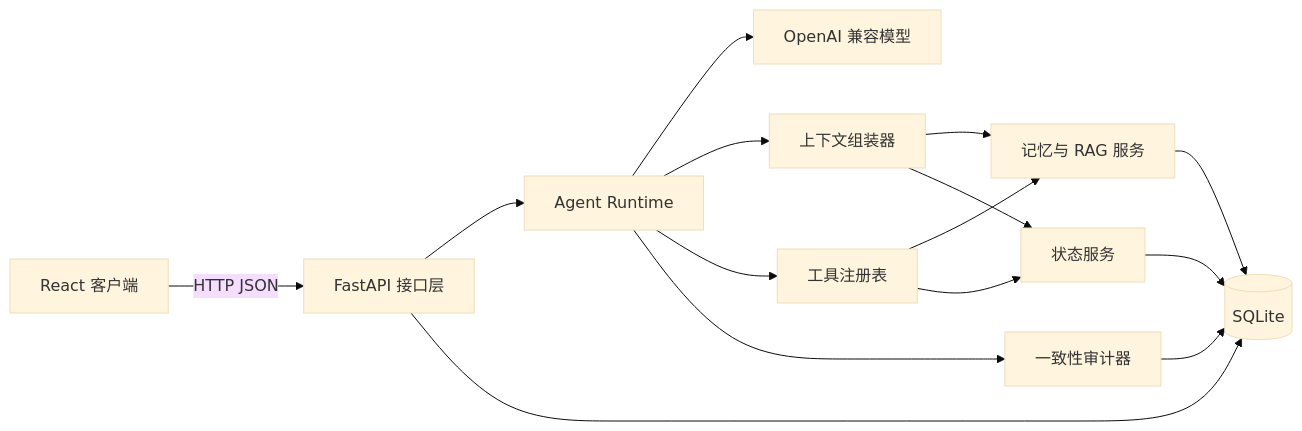
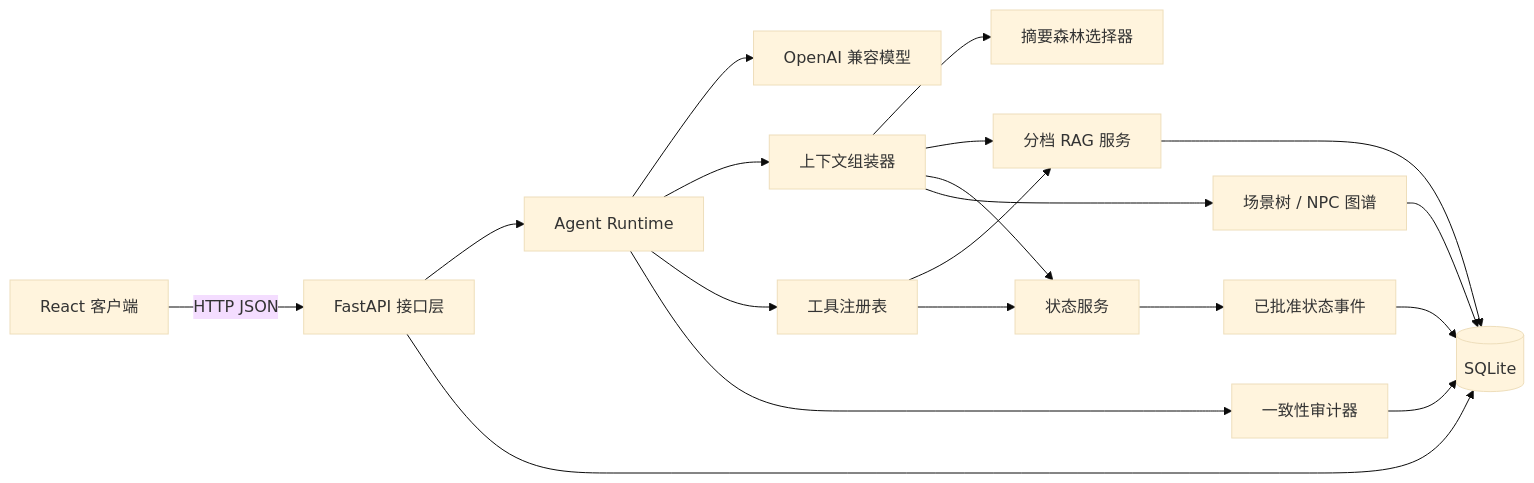
One commit to maximilian-2778/saraswati-agent changed the first of 2 diagrams in docs/ARCHITECTURE.md. Above: the diagram before and after it, drawn with Mermaid (base theme). The commit also changed other lines of this file and 28 other files, not shown here.

````diff
--- a/docs/ARCHITECTURE.md
+++ b/docs/ARCHITECTURE.md
@@ -5,17 +5,21 @@
 ```mermaid
 flowchart LR
     UI[React 客户端] -->|HTTP JSON| API[FastAPI 接口层]
     API --> RT[Agent Runtime]
     RT --> LLM[OpenAI 兼容模型]
     RT --> CTX[上下文组装器]
     RT --> TOOLS[工具注册表]
-    CTX --> MEM[记忆与 RAG 服务]
+    CTX --> FOREST[摘要森林选择器]
+    CTX --> MEM[分档 RAG 服务]
     CTX --> STATE[状态服务]
+    CTX --> GRAPH[场景树 / NPC 图谱]
     TOOLS --> MEM
     TOOLS --> STATE
     RT --> AUDIT[一致性审计器]
     API --> DB[(SQLite)]
     MEM --> DB
-    STATE --> DB
+    STATE --> EVENTS[已批准状态事件]
+    EVENTS --> DB
     AUDIT --> DB
+    GRAPH --> DB
 ```
````
